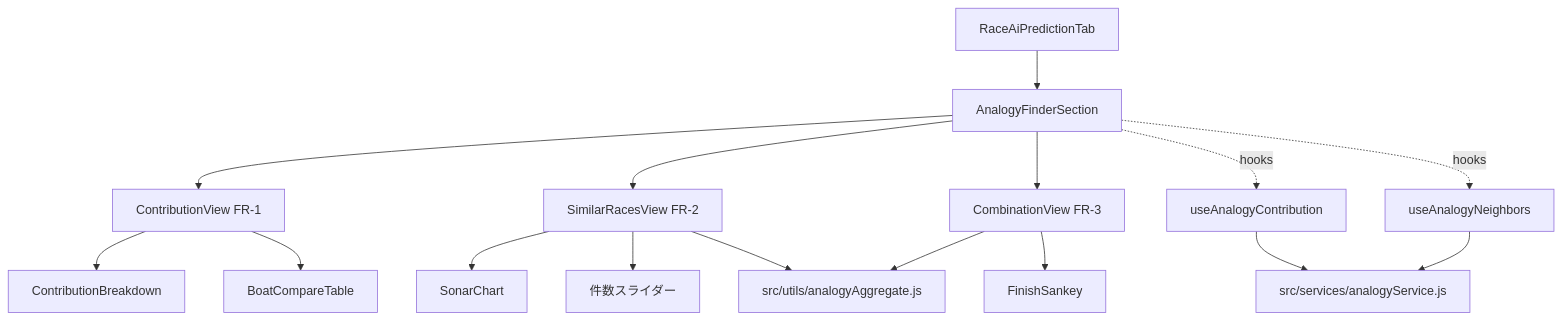
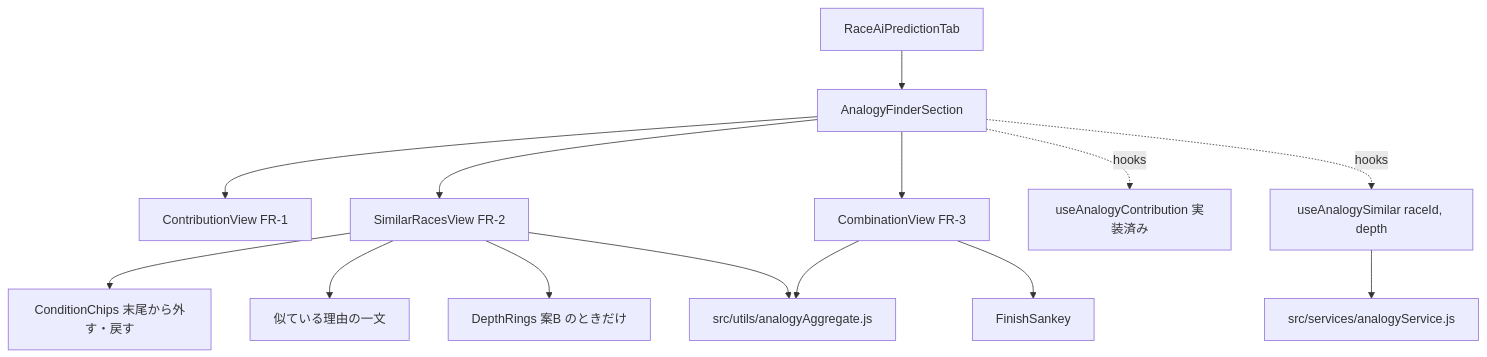
Before and after one commit to rhapsody0919/boatrace-ai-predictor: the third of 3 diagrams in docs/design/analogy-finder/plan.md, drawn with Mermaid. The commit also changed other lines of this file and 2 other files, not shown here.

````diff
--- a/docs/design/analogy-finder/plan.md
+++ b/docs/design/analogy-finder/plan.md
@@ -179,18 +149,16 @@
 ```mermaid
 flowchart TD
   Tab[RaceAiPredictionTab] --> Sec[AnalogyFinderSection]
   Sec --> C[ContributionView FR-1]
-  C --> CB[ContributionBreakdown]
-  C --> BT[BoatCompareTable]
   Sec --> SR[SimilarRacesView FR-2]
-  SR --> SO[SonarChart]
-  SR --> TH[件数スライダー]
+  SR --> CH[ConditionChips 末尾から外す・戻す]
+  SR --> RS[似ている理由の一文]
+  SR --> RG[DepthRings 案B のときだけ]
   Sec --> CO[CombinationView FR-3]
   CO --> SK[FinishSankey]
-  Sec -. hooks .-> H1[useAnalogyContribution]
-  Sec -. hooks .-> H2[useAnalogyNeighbors]
-  H1 --> SV[src/services/analogyService.js]
-  H2 --> SV
+  Sec -. hooks .-> H1[useAnalogyContribution 実装済み]
+  Sec -. hooks .-> H2[useAnalogySimilar raceId, depth]
+  H2 --> SV[src/services/analogyService.js]
   SR --> AG[src/utils/analogyAggregate.js]
   CO --> AG
 ```
````
